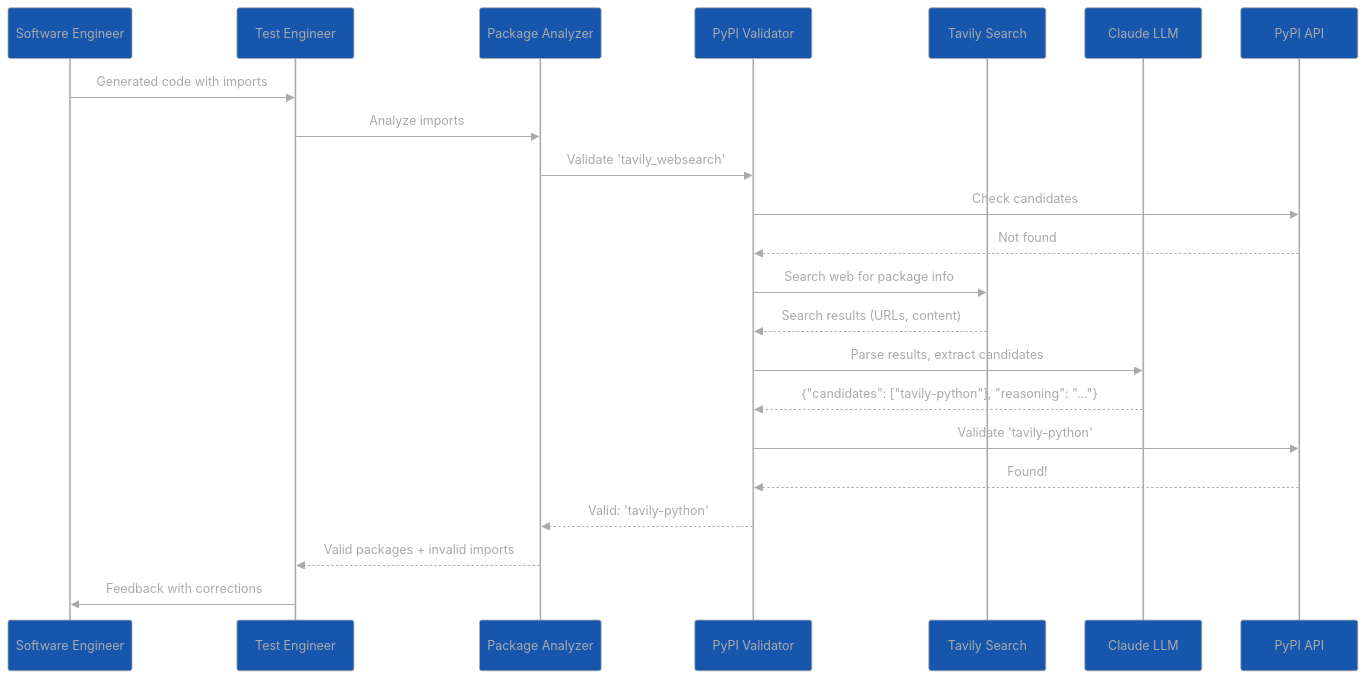
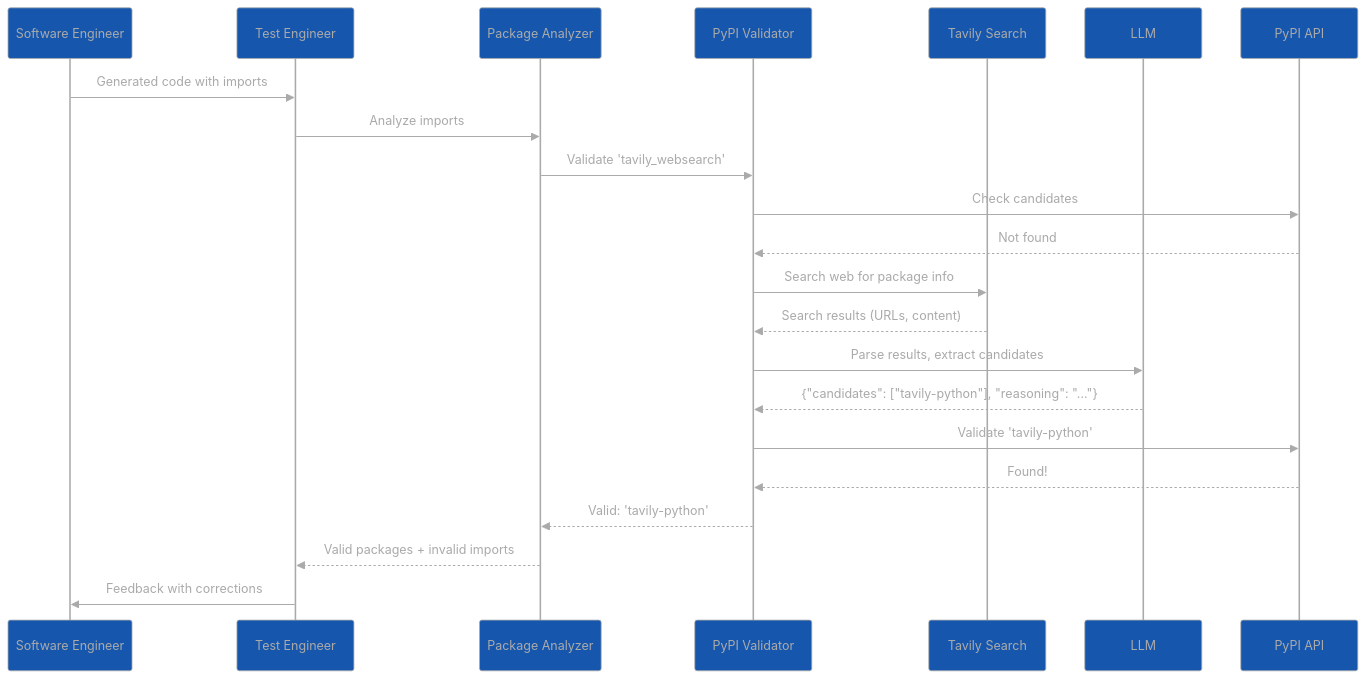
Before and after one commit to oshea00/codeagents: the second of 2 diagrams in PYPI_VALIDATION.md, drawn with Mermaid.

Commit message:
activity background color fix

````diff
--- a/PYPI_VALIDATION.md
+++ b/PYPI_VALIDATION.md
@@ -186,26 +186,26 @@
 ```mermaid
 %%{init: {'theme':'base', 'themeVariables': { 'actorBkg':'#1657AD','actorBorder':'#aaa','actorTextColor':'#aaa','actorLineColor':'#aaa','signalColor':'#aaa','signalTextColor':'#aaa','labelBoxBkgColor':'#B0C4DE','labelBoxBorderColor':'#aaa','loopTextColor':'#aaa','activationBorderColor':'#aaa','activationBkgColor':'#B0C4DE','sequenceNumberColor':'#aaa','noteBorderColor':'#aaa'}}}%%
 sequenceDiagram
     participant SE as Software Engineer
     participant TE as Test Engineer
     participant PA as Package Analyzer
     participant PV as PyPI Validator
     participant TS as Tavily Search
-    participant LLM as Claude LLM
+    participant LLM as LLM
     participant PyPI as PyPI API
 
     SE->>TE: Generated code with imports
     TE->>PA: Analyze imports
     PA->>PV: Validate 'tavily_websearch'
     PV->>PyPI: Check candidates
     PyPI-->>PV: Not found
     PV->>TS: Search web for package info
     TS-->>PV: Search results (URLs, content)
     PV->>LLM: Parse results, extract candidates
     LLM-->>PV: {"candidates": ["tavily-python"], "reasoning": "..."}
     PV->>PyPI: Validate 'tavily-python'
     PyPI-->>PV: Found!
     PV-->>PA: Valid: 'tavily-python'
     PA-->>TE: Valid packages + invalid imports
     TE->>SE: Feedback with corrections
 ```
````
